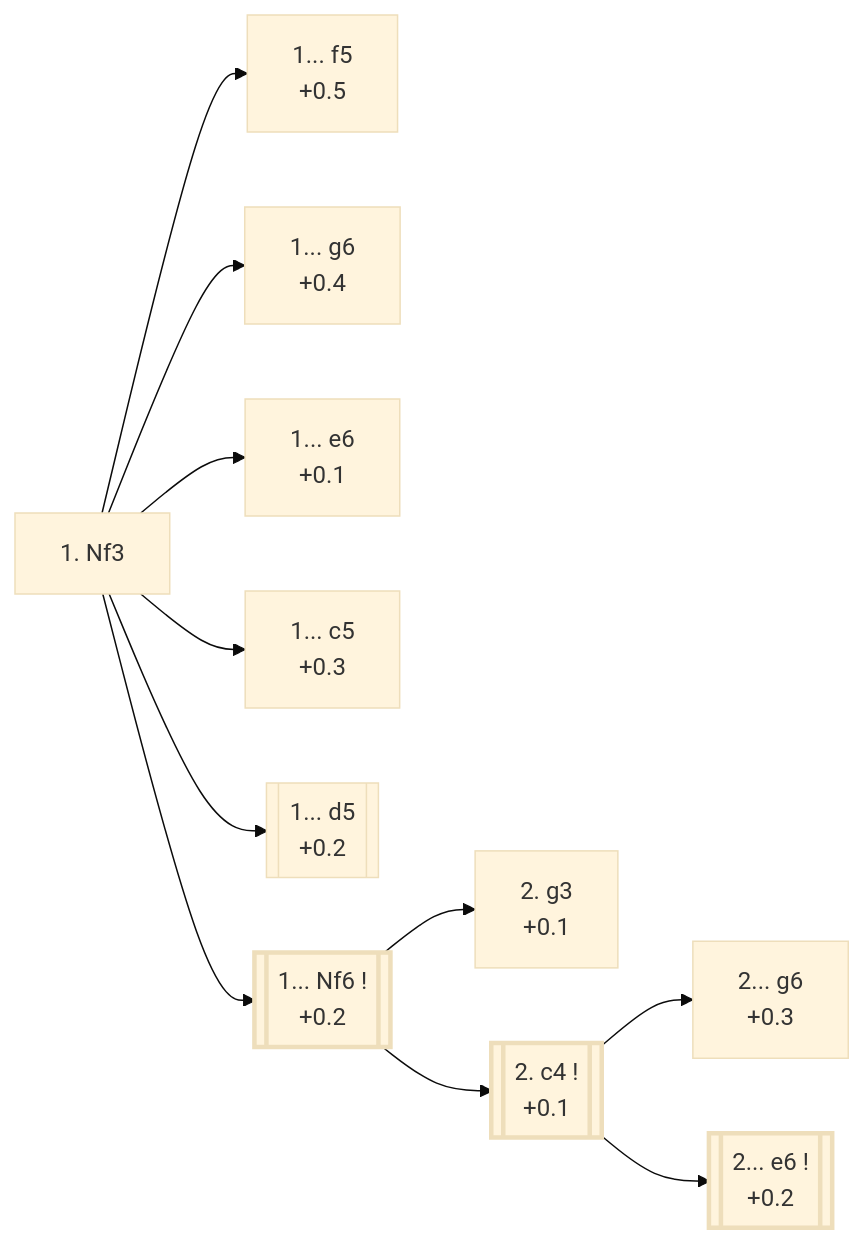
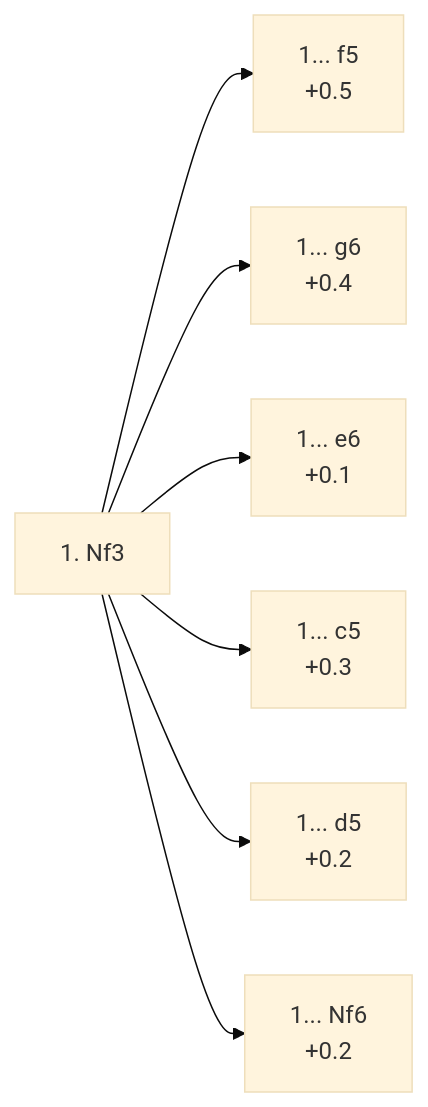
The diagram in Nf3_openings/A04_Zukertort.md (onclemarcel/chess_flashcards), drawn with Mermaid (base theme) before and after one commit. The commit also changed other lines of this file and 19 other files, not shown here.

````diff
--- a/Nf3_openings/A04_Zukertort.md
+++ b/Nf3_openings/A04_Zukertort.md
@@ -12,30 +14,20 @@
 ```mermaid
 flowchart LR
     classDef main stroke-width:3px;
 
     Nf3["1. Nf3"]
     click Nf3 "#_Nf3_" "A04 · Zukertort Opening"
 
     Nf3 --> f5a["1... f5<br/>+0.5"]
     click f5a "#_f5_" "A04 · Zukertort Opening"
     Nf3 --> g6a["1... g6<br/>+0.4"]
     click g6a "#_g6_" "A04 · Zukertort Opening"
     Nf3 --> e6a["1... e6<br/>+0.1"]
     click e6a "#_e6_" "A04 · Zukertort Opening"
     Nf3 --> c5a["1... c5<br/>+0.3"]
     click c5a "#_c5_" "A04 · Zukertort Opening: Sicilian Invitation"
-    Nf3 --> d5a[["1... d5<br/>+0.2"]]
-    click d5a "#_d5_" "A04 · Zukertort Opening"
-    Nf3 --> Nf6[["1... Nf6 !<br/>+0.2"]]:::main
-    click Nf6 "#_Nf6_" "A05 · Zukertort Opening"
-
-    Nf6 --> g3b["2. g3<br/>+0.1"]
-    click g3b "#_Nf6_g3_" "A04 · Zukertort Opening"
-    Nf6 --> c4b[["2. c4 !<br/>+0.1"]]:::main
-    click c4b "#_Nf6_c4_" "A15 · English Opening: Anglo-Indian Defense, King's Knight Variation"
-
-    c4b --> g6c["2... g6<br/>+0.3"]
-    click g6c "#_Nf6_c4_g6_" "A15 · English Opening: Anglo-Indian Defense, King's Indian Formation"
-    c4b --> e6c[["2... e6 !<br/>+0.2"]]:::main
-    click e6c "#_Nf6_c4_e6_" "A04 · Zukertort Opening"
+    Nf3 --> d5a["1... d5<br/>+0.2"]
+    click d5a "https://github.com/onclemarcel/chess_flashcards/blob/main/Nf3_openings/A06_Zukertort_d5.md" "A06 · Zukertort Opening"
+    Nf3 --> Nf6["1... Nf6<br/>+0.2"]
+    click Nf6 "https://github.com/onclemarcel/chess_flashcards/blob/main/Nf3_openings/A05_Zukertort_Nf6.md" "A05 · Zukertort Opening"
 ```
````
